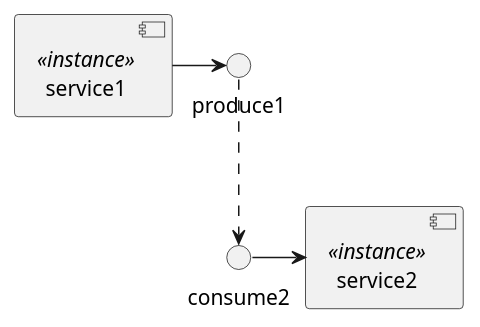
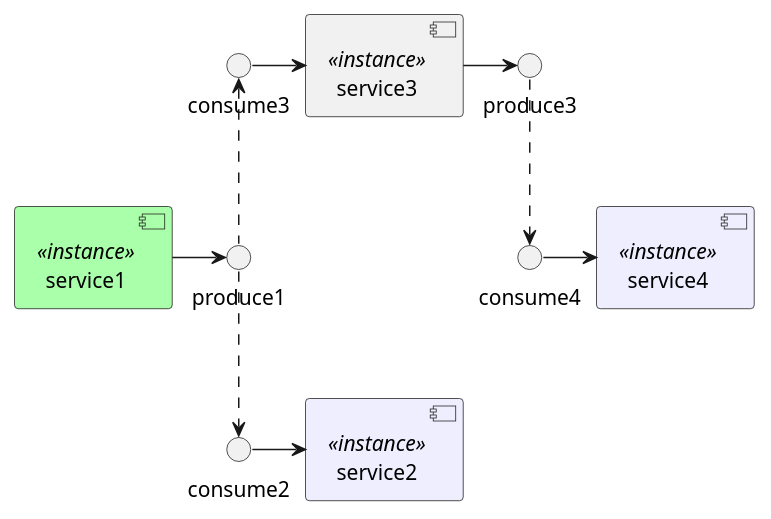
Before and after one commit to wdc-molfar/msapi-schemas: the diagram in doc/intro/puml/workflow.puml, drawn with PlantUML.

```diff
--- a/doc/intro/puml/workflow.puml
+++ b/doc/intro/puml/workflow.puml
@@ -1,10 +1,26 @@
 @startuml
-  component  service1 <<instance>>
+  component  service1 <<instance>> #aaffaa
   interface produce1
-  component  service2 <<instance>>
+  component  service2 <<instance>> #eeeeff
   interface consume2
+  
+  component  service3 <<instance>> 
+  interface consume3
+  interface produce3
+  
+  component  service4 <<instance>> #eeeeff
+  interface consume4
+  
   
   service1 -> produce1
   produce1 ..> consume2
   consume2 -> service2
+  produce1 .u.> consume3
+  consume3 -> service3
+  service3 -> produce3
+  consume4 -> service4
+  produce3 ..> consume4
+  
+  
+  
 @enduml
```
